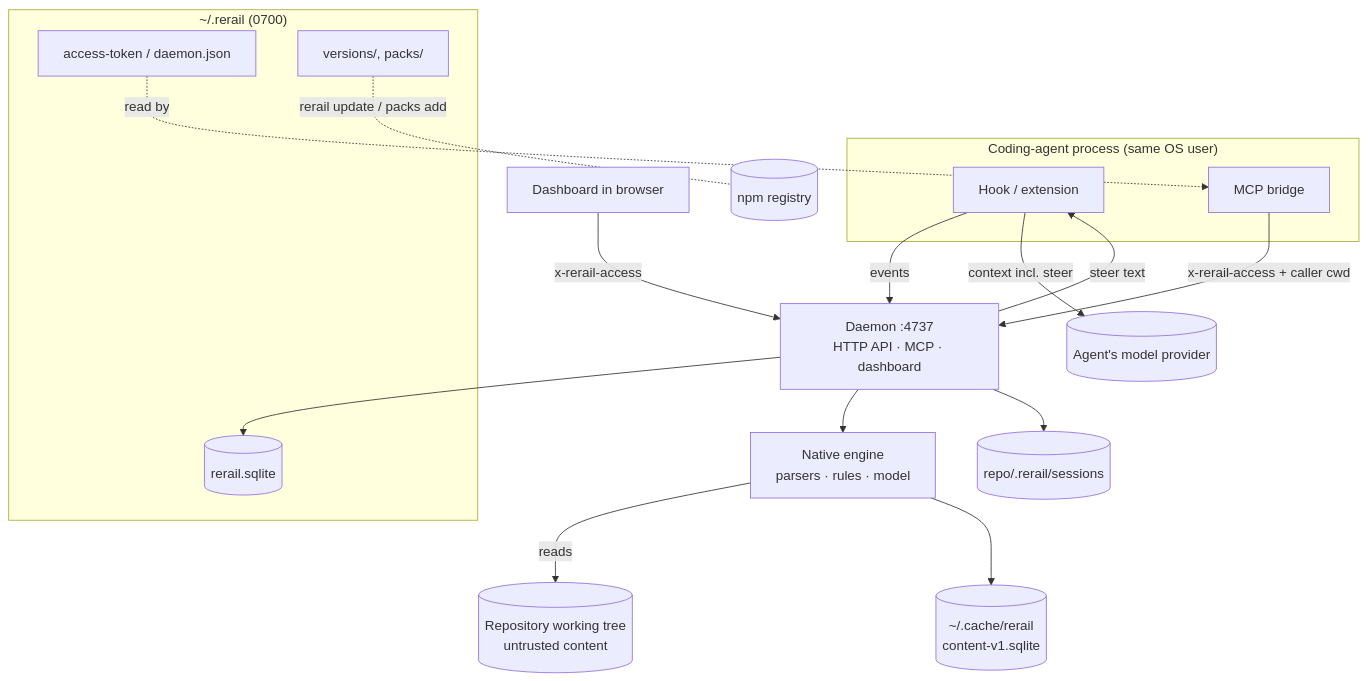
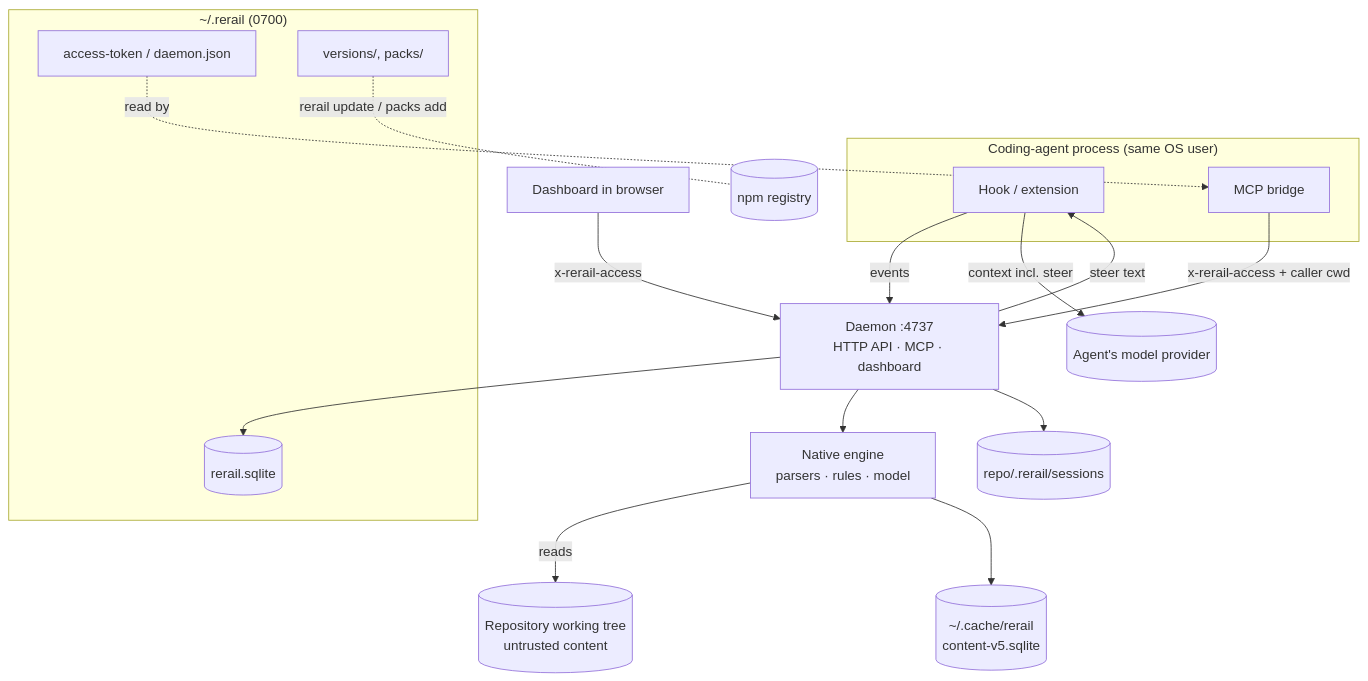
One commit to neralabs/rerail changed the diagram in docs/threat-model.md. Above: the diagram before and after it, drawn with Mermaid. The commit also changed other lines of this file and 7023 other files, not shown here.

````diff
--- a/docs/threat-model.md
+++ b/docs/threat-model.md
@@ -22,33 +22,33 @@
 ```mermaid
 flowchart TD
   subgraph Agent["Coding-agent process (same OS user)"]
     H[Hook / extension]
     B[MCP bridge]
   end
   Repo[(Repository working tree<br/>untrusted content)]
   subgraph Home["~/.rerail (0700)"]
     DB[(rerail.sqlite)]
     Tok[access-token / daemon.json]
     Ver[versions/, packs/]
   end
-  Cache[(~/.cache/rerail<br/>content-v1.sqlite)]
+  Cache[(~/.cache/rerail<br/>content-v5.sqlite)]
   Ledger[(repo/.rerail/sessions)]
   D[Daemon :4737<br/>HTTP API · MCP · dashboard]
   E[Native engine<br/>parsers · rules · model]
   Browser[Dashboard in browser]
   NPM[(npm registry)]
   Provider[(Agent's model provider)]
 
   H -- events --> D
   B -- x-rerail-access + caller cwd --> D
   Browser -- x-rerail-access --> D
   D --> E
   E -- reads --> Repo
   D --> DB
   D --> Ledger
   E --> Cache
   D -- steer text --> H
   H -- context incl. steer --> Provider
   Ver -. rerail update / packs add .- NPM
   Tok -. read by .-> B
 ```
````
